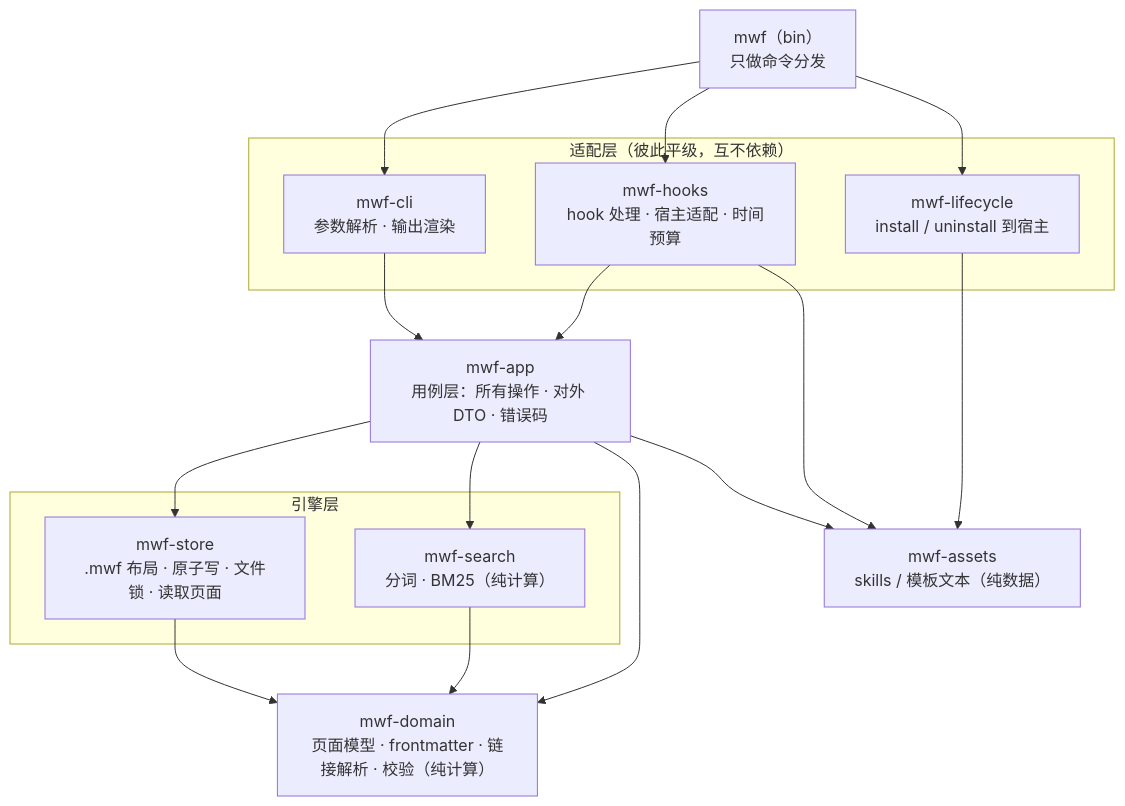
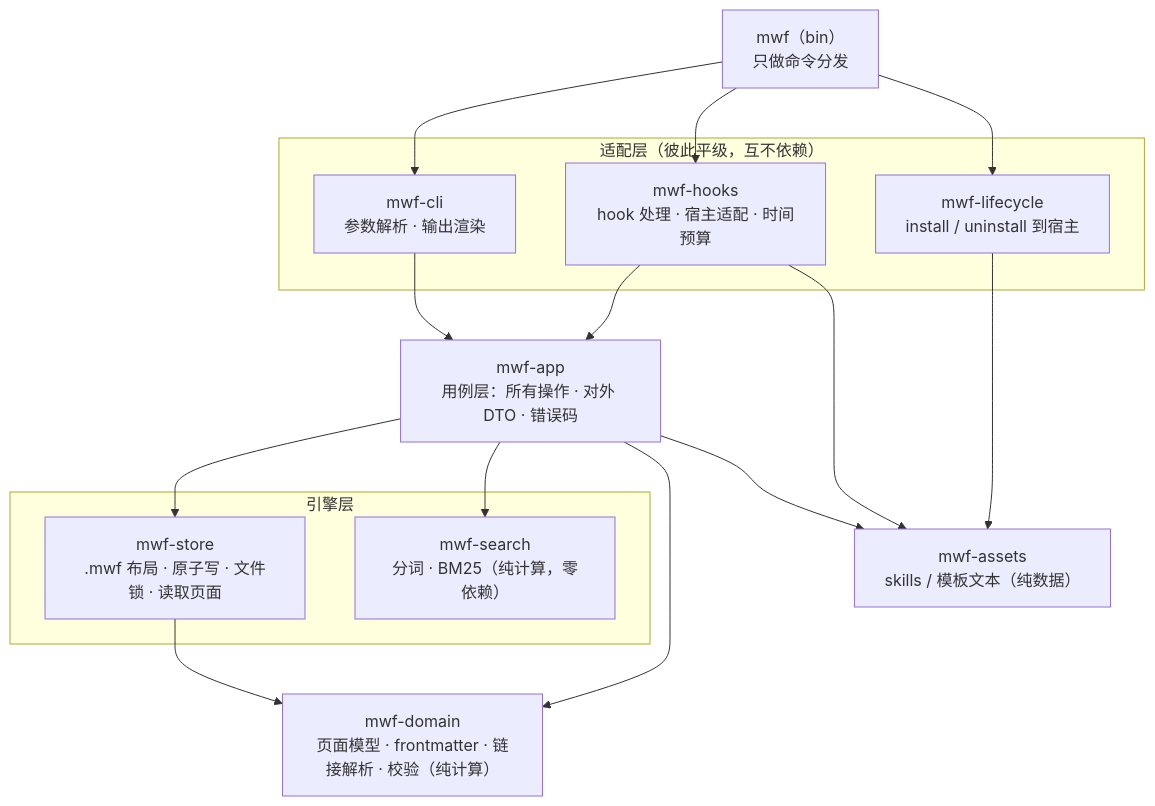
The diagram in docs/architecture.md (zht7063/memory-with-files), drawn with Mermaid before and after one commit. The commit also changed other lines of this file and 13 other files, not shown here.

````diff
--- a/docs/architecture.md
+++ b/docs/architecture.md
@@ -14,37 +14,36 @@
 ```mermaid
 flowchart TD
     bin["mwf（bin）<br/>只做命令分发"]
 
     subgraph adapters["适配层（彼此平级，互不依赖）"]
         cli["mwf-cli<br/>参数解析 · 输出渲染"]
         hooks["mwf-hooks<br/>hook 处理 · 宿主适配 · 时间预算"]
         lifecycle["mwf-lifecycle<br/>install / uninstall 到宿主"]
     end
 
     app["mwf-app<br/>用例层：所有操作 · 对外 DTO · 错误码"]
 
     subgraph engine["引擎层"]
         store["mwf-store<br/>.mwf 布局 · 原子写 · 文件锁 · 读取页面"]
-        search["mwf-search<br/>分词 · BM25（纯计算）"]
+        search["mwf-search<br/>分词 · BM25（纯计算，零依赖）"]
     end
 
     domain["mwf-domain<br/>页面模型 · frontmatter · 链接解析 · 校验（纯计算）"]
     assets["mwf-assets<br/>skills / 模板文本（纯数据）"]
 
     bin --> cli
     bin --> hooks
     bin --> lifecycle
 
     cli --> app
     hooks --> app
     hooks --> assets
     lifecycle --> assets
 
     app --> store
     app --> search
     app --> domain
     app --> assets
 
     store --> domain
-    search --> domain
 ```
````
